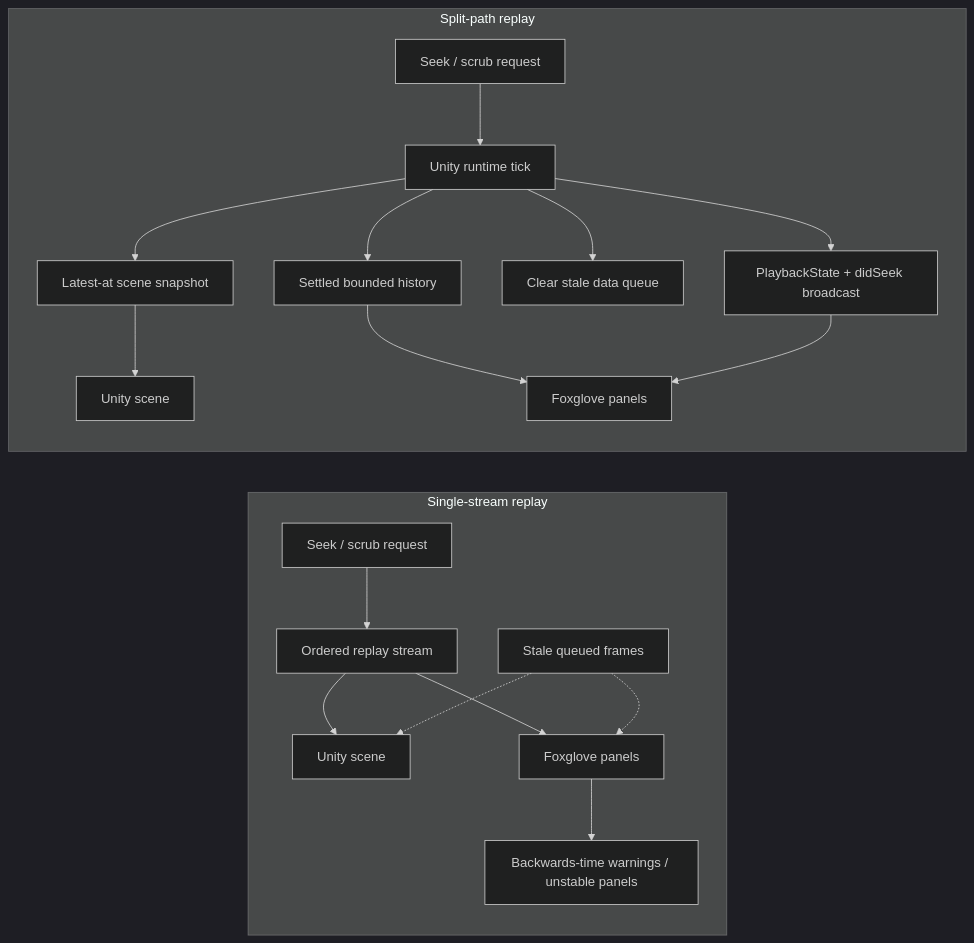
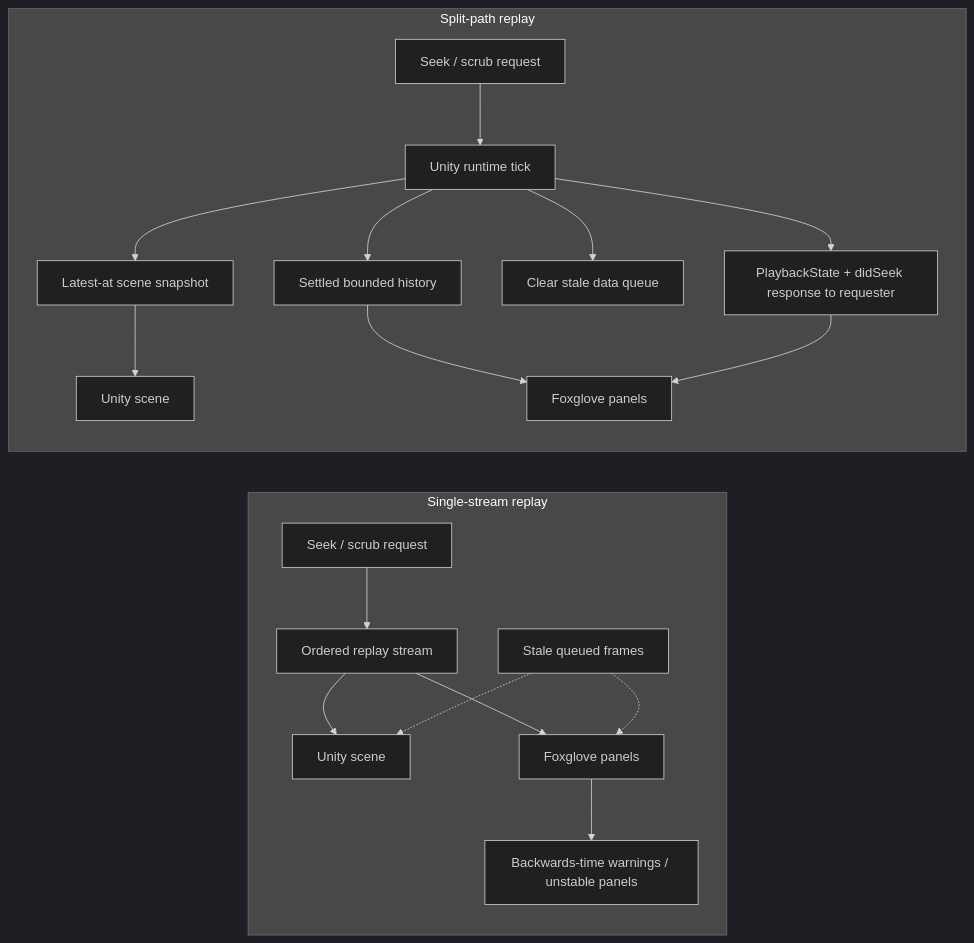
The third of 3 diagrams in docs/research-remote-timeline-scene-reproduction.md (JianbinLiu-CFLab/unity-foxglove-sdk), drawn with Mermaid (dark theme) before and after one commit. The commit also changed other lines of this file and 15 other files, not shown here.

````diff
--- a/docs/research-remote-timeline-scene-reproduction.md
+++ b/docs/research-remote-timeline-scene-reproduction.md
@@ -123,22 +123,22 @@
 ```mermaid
 flowchart LR
   subgraph SingleStream["Single-stream replay"]
     SSeek["Seek / scrub request"] --> SReplay["Ordered replay stream"]
     SReplay --> SUnity["Unity scene"]
     SReplay --> SPanels["Foxglove panels"]
     SOld["Stale queued frames"] -.-> SUnity
     SOld -.-> SPanels
     SPanels --> SWarn["Backwards-time warnings / unstable panels"]
   end
 
   subgraph SplitPath["Split-path replay"]
     PSeek["Seek / scrub request"] --> PTick["Unity runtime tick"]
-    PTick --> PState["PlaybackState + didSeek broadcast"]
+    PTick --> PState["PlaybackState + didSeek response to requester"]
     PTick --> PSnapshot["Latest-at scene snapshot"]
     PTick --> PQueue["Clear stale data queue"]
     PTick --> PHistory["Settled bounded history"]
     PSnapshot --> PUnity["Unity scene"]
     PHistory --> PPanels["Foxglove panels"]
     PState --> PPanels
   end
 ```
````
